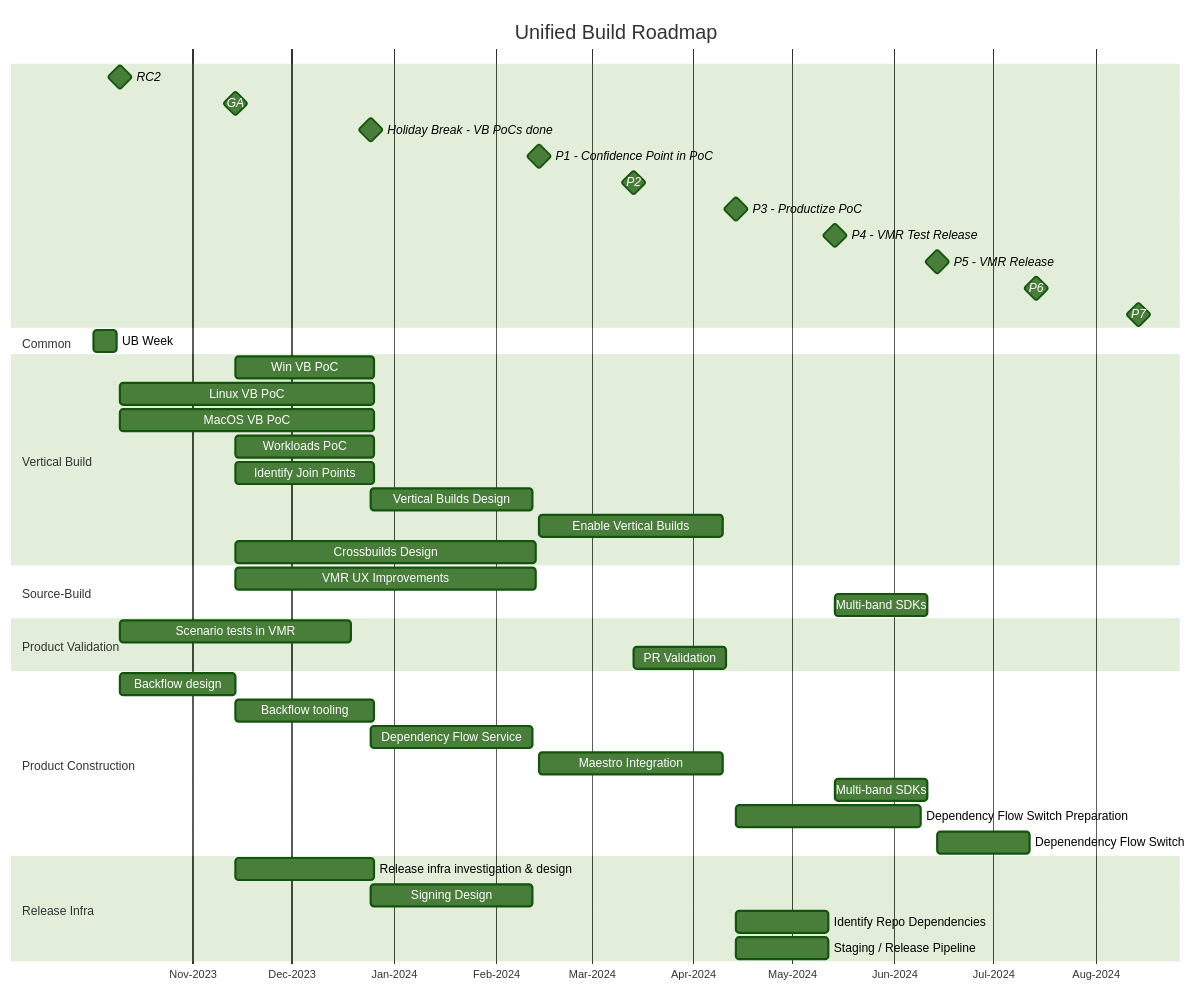
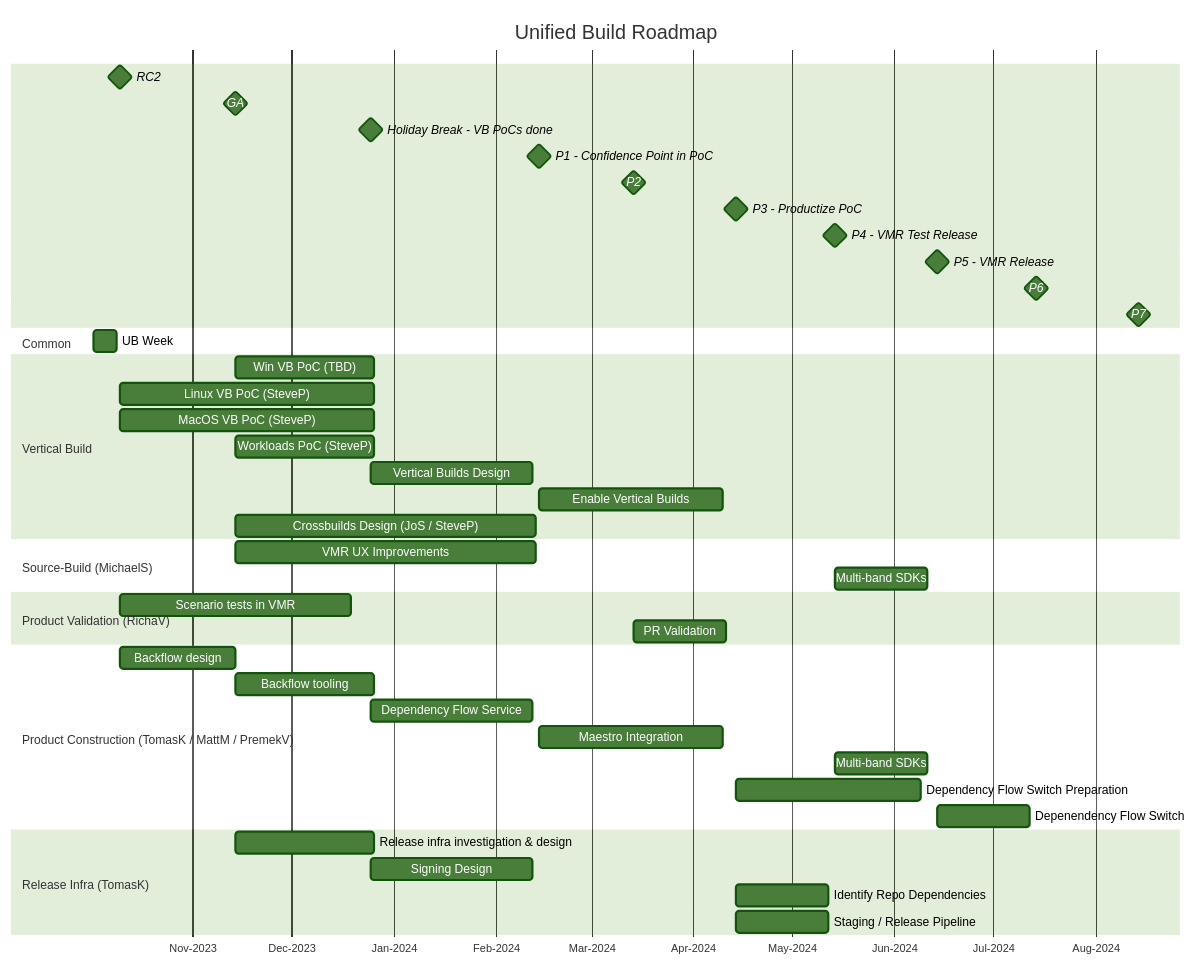
Before and after one commit to dotnet/arcade: the diagram in Documentation/UnifiedBuild/UB-Roadmap.md, drawn with Mermaid (forest theme).

Commit message:
UB roadmap ownership assignment (#14135)

````diff
--- a/Documentation/UnifiedBuild/UB-Roadmap.md
+++ b/Documentation/UnifiedBuild/UB-Roadmap.md
@@ -3,53 +3,52 @@
 ```mermaid
 gantt
     title Unified Build Roadmap
     axisFormat %b-%Y
     RC2: milestone, net8-rc2, 2023-10-10, 0
     GA: milestone, net8-ga, 2023-11-14, 0
     Holiday Break - VB PoCs done: milestone, holiday, 2023-12-25, 0
     %% delta between Holiday and P1 is 7w
     P1 - Confidence Point in PoC: milestone, net9-p1, 2024-02-14, 0
     P2: milestone, net9-p2, 2024-03-14, 0
     P3 - Productize PoC: milestone, net9-p3, 2024-04-14, 0
     P4 - VMR Test Release: milestone, net9-p4, 2024-05-14, 0
     P5 - VMR Release: milestone, net9-p5, 2024-06-14, 0
     P6: milestone, net9-p6, 2024-07-14, 0
     P7: milestone, net9-p7, 2024-08-14, 0
  
     section Common
         UB Week: ub-week, 2023-10-02, 1w
 
     section Vertical Build
-        Win VB PoC: after net8-ga, 6w
-        Linux VB PoC: after net8-rc2, 11w
-        MacOS VB PoC: after net8-rc2, 11w
-        Workloads PoC: after net8-ga, 6w
-        Identify Join Points: after net8-ga, 6w
+        Win VB PoC (TBD): after net8-ga, 6w
+        Linux VB PoC (SteveP): after net8-rc2, 11w
+        MacOS VB PoC (SteveP): after net8-rc2, 11w
+        Workloads PoC (SteveP): after net8-ga, 6w
         Vertical Builds Design: after holiday, 7w
         Enable Vertical Builds: after net9-p1, 8w
-        Crossbuilds Design: after net8-ga, 13w
+        Crossbuilds Design (JoS / SteveP): after net8-ga, 13w
 
-    section Source-Build
+    section Source-Build (MichaelS)
         VMR UX Improvements: after net8-ga, 13w
         Multi-band SDKs: after net9-p4, 4w
 
-    section Product Validation
+    section Product Validation (RichaV)
         Scenario tests in VMR: after net8-rc2, 10w
         PR Validation: after net9-p2, 4w
 
-    section Product Construction
+    section Product Construction (TomasK / MattM / PremekV)
         Backflow design: after net8-rc2, 5w
         Backflow tooling: after net8-ga, 6w
         Dependency Flow Service: after holiday, 7w
         Maestro Integration: after net9-p1, 8w
 
         Multi-band SDKs: after net9-p4, 4w
         Dependency Flow Switch Preparation: after net9-p3, 8w
         Depenendency Flow Switch: after net9-p5, 4w
 
-    section Release Infra
+    section Release Infra (TomasK)
         Release infra investigation & design: after net8-ga, 6w
         Signing Design: after holiday, 7w
         Identify Repo Dependencies: after net9-p3, 4w
         Staging / Release Pipeline: after net9-p3, 4w
 ```
````
